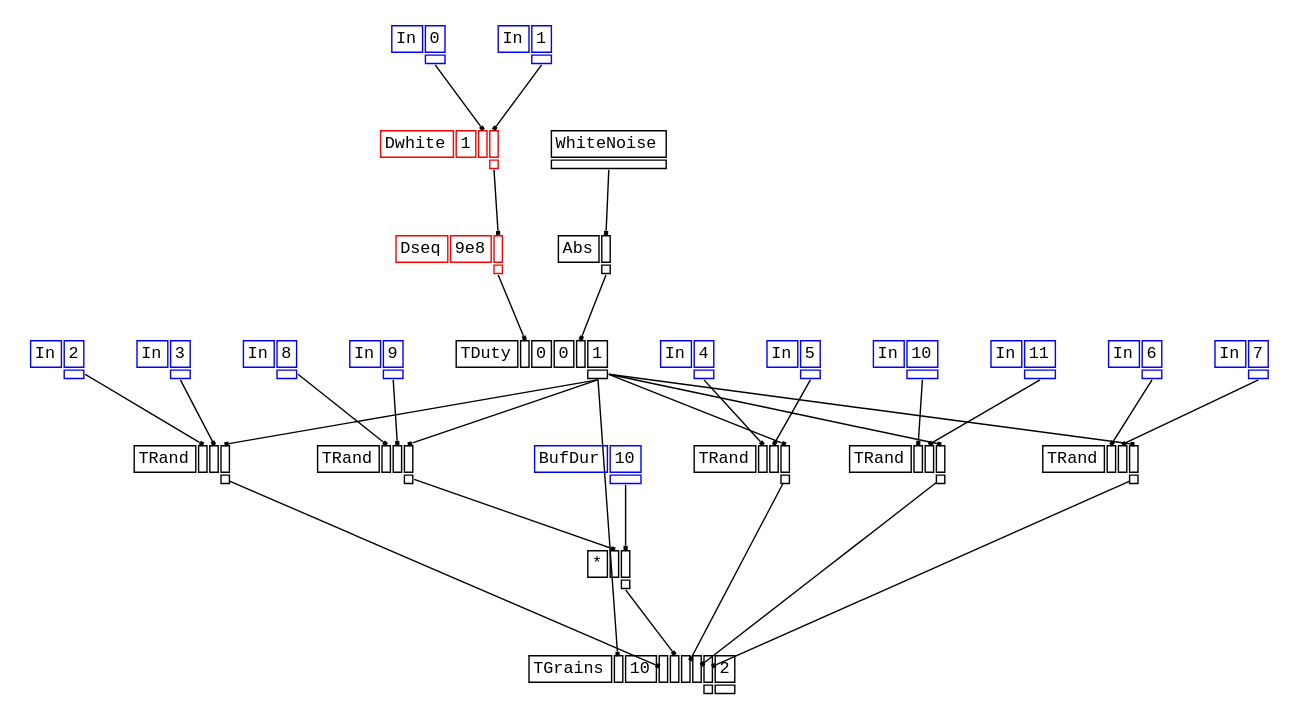
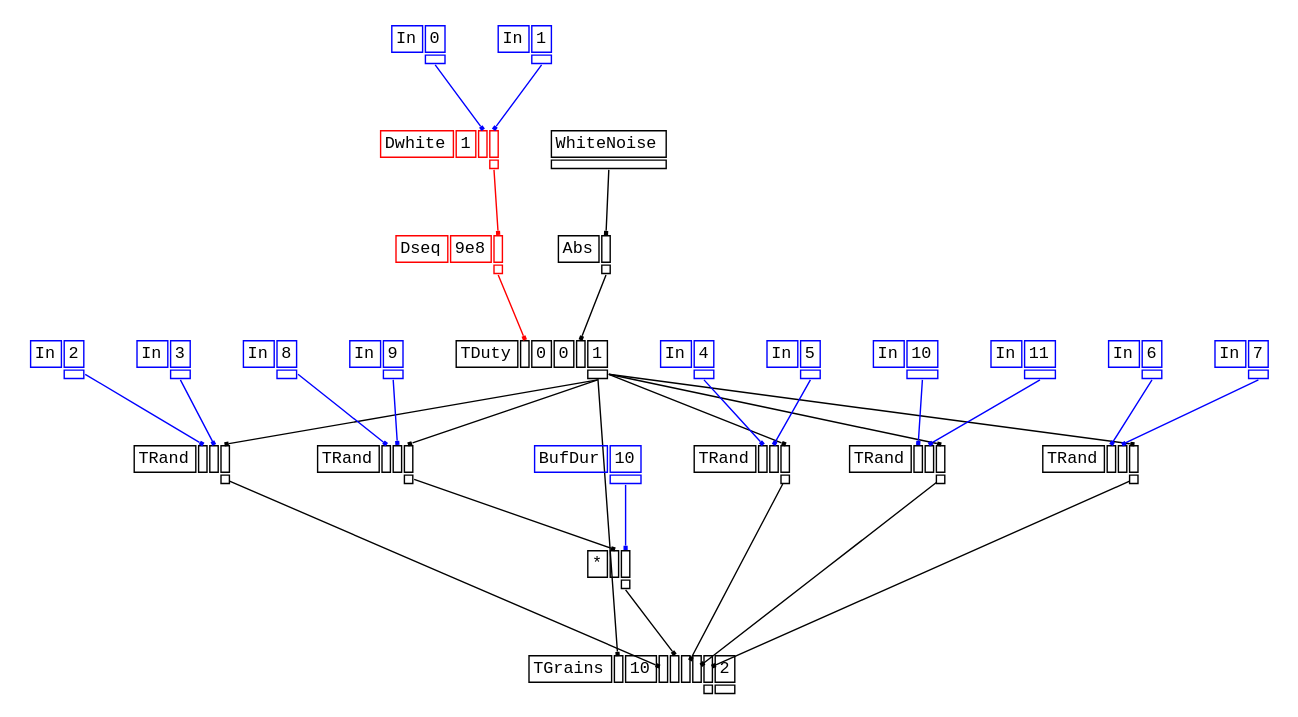
The diagram in dot/tgr-rpr.dot (rd--/hsc3-graphs), drawn with Graphviz before and after one commit. The commit also changed 64 other files, not shown here.

```diff
--- a/dot/tgr-rpr.dot
+++ b/dot/tgr-rpr.dot
@@ -1,59 +1,59 @@
 digraph Anonymous {
 graph [splines=false];
 node [fontsize=12,fontname="Courier"];
 edge [arrowhead=box,arrowsize=0.25];
-u_3[shape="plaintext",color="blue",label=<<TABLE BORDER="0" CELLBORDER="1"><TR><TD>In</TD><TD ID="u_3:K_0">0</TD></TR><TR><TD BORDER="0"></TD><TD PORT="o_0" ID="u_3:o_0"></TD></TR></TABLE>>];
-u_4[shape="plaintext",color="blue",label=<<TABLE BORDER="0" CELLBORDER="1"><TR><TD>In</TD><TD ID="u_4:K_0">1</TD></TR><TR><TD BORDER="0"></TD><TD PORT="o_0" ID="u_4:o_0"></TD></TR></TABLE>>];
-u_5[shape="plaintext",color="red",label=<<TABLE BORDER="0" CELLBORDER="1"><TR><TD>Dwhite</TD><TD ID="u_5:K_0">1</TD><TD PORT="i_1" ID="u_5:i_1"></TD><TD PORT="i_2" ID="u_5:i_2"></TD></TR><TR><TD BORDER="0"></TD><TD BORDER="0"></TD><TD BORDER="0"></TD><TD PORT="o_0" ID="u_5:o_0"></TD></TR></TABLE>>];
-u_6[shape="plaintext",color="red",label=<<TABLE BORDER="0" CELLBORDER="1"><TR><TD>Dseq</TD><TD ID="u_6:K_0">9e8</TD><TD PORT="i_1" ID="u_6:i_1"></TD></TR><TR><TD BORDER="0"></TD><TD BORDER="0"></TD><TD PORT="o_0" ID="u_6:o_0"></TD></TR></TABLE>>];
-u_7[shape="plaintext",color="black",label=<<TABLE BORDER="0" CELLBORDER="1"><TR><TD>WhiteNoise</TD></TR><TR><TD PORT="o_0" ID="u_7:o_0"></TD></TR></TABLE>>];
-u_8[shape="plaintext",color="black",label=<<TABLE BORDER="0" CELLBORDER="1"><TR><TD>Abs</TD><TD PORT="i_0" ID="u_8:i_0"></TD></TR><TR><TD BORDER="0"></TD><TD PORT="o_0" ID="u_8:o_0"></TD></TR></TABLE>>];
-u_9[shape="plaintext",color="black",label=<<TABLE BORDER="0" CELLBORDER="1"><TR><TD>TDuty</TD><TD PORT="i_0" ID="u_9:i_0"></TD><TD ID="u_9:K_1">0</TD><TD ID="u_9:K_2">0</TD><TD PORT="i_3" ID="u_9:i_3"></TD><TD ID="u_9:K_4">1</TD></TR><TR><TD BORDER="0"></TD><TD BORDER="0"></TD><TD BORDER="0"></TD><TD BORDER="0"></TD><TD BORDER="0"></TD><TD PORT="o_0" ID="u_9:o_0"></TD></TR></TABLE>>];
-u_12[shape="plaintext",color="blue",label=<<TABLE BORDER="0" CELLBORDER="1"><TR><TD>In</TD><TD ID="u_12:K_0">2</TD></TR><TR><TD BORDER="0"></TD><TD PORT="o_0" ID="u_12:o_0"></TD></TR></TABLE>>];
-u_14[shape="plaintext",color="blue",label=<<TABLE BORDER="0" CELLBORDER="1"><TR><TD>In</TD><TD ID="u_14:K_0">3</TD></TR><TR><TD BORDER="0"></TD><TD PORT="o_0" ID="u_14:o_0"></TD></TR></TABLE>>];
-u_15[shape="plaintext",color="black",label=<<TABLE BORDER="0" CELLBORDER="1"><TR><TD>TRand</TD><TD PORT="i_0" ID="u_15:i_0"></TD><TD PORT="i_1" ID="u_15:i_1"></TD><TD PORT="i_2" ID="u_15:i_2"></TD></TR><TR><TD BORDER="0"></TD><TD BORDER="0"></TD><TD BORDER="0"></TD><TD PORT="o_0" ID="u_15:o_0"></TD></TR></TABLE>>];
-u_17[shape="plaintext",color="blue",label=<<TABLE BORDER="0" CELLBORDER="1"><TR><TD>In</TD><TD ID="u_17:K_0">8</TD></TR><TR><TD BORDER="0"></TD><TD PORT="o_0" ID="u_17:o_0"></TD></TR></TABLE>>];
-u_19[shape="plaintext",color="blue",label=<<TABLE BORDER="0" CELLBORDER="1"><TR><TD>In</TD><TD ID="u_19:K_0">9</TD></TR><TR><TD BORDER="0"></TD><TD PORT="o_0" ID="u_19:o_0"></TD></TR></TABLE>>];
-u_20[shape="plaintext",color="black",label=<<TABLE BORDER="0" CELLBORDER="1"><TR><TD>TRand</TD><TD PORT="i_0" ID="u_20:i_0"></TD><TD PORT="i_1" ID="u_20:i_1"></TD><TD PORT="i_2" ID="u_20:i_2"></TD></TR><TR><TD BORDER="0"></TD><TD BORDER="0"></TD><TD BORDER="0"></TD><TD PORT="o_0" ID="u_20:o_0"></TD></TR></TABLE>>];
-u_21[shape="plaintext",color="blue",label=<<TABLE BORDER="0" CELLBORDER="1"><TR><TD>BufDur</TD><TD ID="u_21:K_0">10</TD></TR><TR><TD BORDER="0"></TD><TD PORT="o_0" ID="u_21:o_0"></TD></TR></TABLE>>];
-u_22[shape="plaintext",color="black",label=<<TABLE BORDER="0" CELLBORDER="1"><TR><TD>*</TD><TD PORT="i_0" ID="u_22:i_0"></TD><TD PORT="i_1" ID="u_22:i_1"></TD></TR><TR><TD BORDER="0"></TD><TD BORDER="0"></TD><TD PORT="o_0" ID="u_22:o_0"></TD></TR></TABLE>>];
-u_24[shape="plaintext",color="blue",label=<<TABLE BORDER="0" CELLBORDER="1"><TR><TD>In</TD><TD ID="u_24:K_0">4</TD></TR><TR><TD BORDER="0"></TD><TD PORT="o_0" ID="u_24:o_0"></TD></TR></TABLE>>];
-u_26[shape="plaintext",color="blue",label=<<TABLE BORDER="0" CELLBORDER="1"><TR><TD>In</TD><TD ID="u_26:K_0">5</TD></TR><TR><TD BORDER="0"></TD><TD PORT="o_0" ID="u_26:o_0"></TD></TR></TABLE>>];
-u_27[shape="plaintext",color="black",label=<<TABLE BORDER="0" CELLBORDER="1"><TR><TD>TRand</TD><TD PORT="i_0" ID="u_27:i_0"></TD><TD PORT="i_1" ID="u_27:i_1"></TD><TD PORT="i_2" ID="u_27:i_2"></TD></TR><TR><TD BORDER="0"></TD><TD BORDER="0"></TD><TD BORDER="0"></TD><TD PORT="o_0" ID="u_27:o_0"></TD></TR></TABLE>>];
-u_28[shape="plaintext",color="blue",label=<<TABLE BORDER="0" CELLBORDER="1"><TR><TD>In</TD><TD ID="u_28:K_0">10</TD></TR><TR><TD BORDER="0"></TD><TD PORT="o_0" ID="u_28:o_0"></TD></TR></TABLE>>];
-u_30[shape="plaintext",color="blue",label=<<TABLE BORDER="0" CELLBORDER="1"><TR><TD>In</TD><TD ID="u_30:K_0">11</TD></TR><TR><TD BORDER="0"></TD><TD PORT="o_0" ID="u_30:o_0"></TD></TR></TABLE>>];
-u_31[shape="plaintext",color="black",label=<<TABLE BORDER="0" CELLBORDER="1"><TR><TD>TRand</TD><TD PORT="i_0" ID="u_31:i_0"></TD><TD PORT="i_1" ID="u_31:i_1"></TD><TD PORT="i_2" ID="u_31:i_2"></TD></TR><TR><TD BORDER="0"></TD><TD BORDER="0"></TD><TD BORDER="0"></TD><TD PORT="o_0" ID="u_31:o_0"></TD></TR></TABLE>>];
-u_33[shape="plaintext",color="blue",label=<<TABLE BORDER="0" CELLBORDER="1"><TR><TD>In</TD><TD ID="u_33:K_0">6</TD></TR><TR><TD BORDER="0"></TD><TD PORT="o_0" ID="u_33:o_0"></TD></TR></TABLE>>];
-u_35[shape="plaintext",color="blue",label=<<TABLE BORDER="0" CELLBORDER="1"><TR><TD>In</TD><TD ID="u_35:K_0">7</TD></TR><TR><TD BORDER="0"></TD><TD PORT="o_0" ID="u_35:o_0"></TD></TR></TABLE>>];
-u_36[shape="plaintext",color="black",label=<<TABLE BORDER="0" CELLBORDER="1"><TR><TD>TRand</TD><TD PORT="i_0" ID="u_36:i_0"></TD><TD PORT="i_1" ID="u_36:i_1"></TD><TD PORT="i_2" ID="u_36:i_2"></TD></TR><TR><TD BORDER="0"></TD><TD BORDER="0"></TD><TD BORDER="0"></TD><TD PORT="o_0" ID="u_36:o_0"></TD></TR></TABLE>>];
-u_37[shape="plaintext",color="black",label=<<TABLE BORDER="0" CELLBORDER="1"><TR><TD>TGrains</TD><TD PORT="i_0" ID="u_37:i_0"></TD><TD ID="u_37:K_1">10</TD><TD PORT="i_2" ID="u_37:i_2"></TD><TD PORT="i_3" ID="u_37:i_3"></TD><TD PORT="i_4" ID="u_37:i_4"></TD><TD PORT="i_5" ID="u_37:i_5"></TD><TD PORT="i_6" ID="u_37:i_6"></TD><TD ID="u_37:K_7">2</TD></TR><TR><TD BORDER="0"></TD><TD BORDER="0"></TD><TD BORDER="0"></TD><TD BORDER="0"></TD><TD BORDER="0"></TD><TD BORDER="0"></TD><TD BORDER="0"></TD><TD PORT="o_0" ID="u_37:o_0"></TD><TD PORT="o_1" ID="u_37:o_1"></TD></TR></TABLE>>];
-u_3:o_0 -> u_5:i_1;
-u_4:o_0 -> u_5:i_2;
-u_5:o_0 -> u_6:i_1;
-u_7:o_0 -> u_8:i_0;
-u_6:o_0 -> u_9:i_0;
-u_8:o_0 -> u_9:i_3;
-u_12:o_0 -> u_15:i_0;
-u_14:o_0 -> u_15:i_1;
-u_9:o_0 -> u_15:i_2;
-u_17:o_0 -> u_20:i_0;
-u_19:o_0 -> u_20:i_1;
-u_9:o_0 -> u_20:i_2;
-u_20:o_0 -> u_22:i_0;
-u_21:o_0 -> u_22:i_1;
-u_24:o_0 -> u_27:i_0;
-u_26:o_0 -> u_27:i_1;
-u_9:o_0 -> u_27:i_2;
-u_28:o_0 -> u_31:i_0;
-u_30:o_0 -> u_31:i_1;
-u_9:o_0 -> u_31:i_2;
-u_33:o_0 -> u_36:i_0;
-u_35:o_0 -> u_36:i_1;
-u_9:o_0 -> u_36:i_2;
-u_9:o_0 -> u_37:i_0;
-u_15:o_0 -> u_37:i_2;
-u_22:o_0 -> u_37:i_3;
-u_27:o_0 -> u_37:i_4;
-u_31:o_0 -> u_37:i_5;
-u_36:o_0 -> u_37:i_6;
+u_3 [shape="plaintext",color="blue",label=<<TABLE BORDER="0" CELLBORDER="1"><TR><TD>In</TD><TD>0</TD></TR><TR><TD BORDER="0"></TD><TD PORT="o_0"></TD></TR></TABLE>>];
+u_4 [shape="plaintext",color="blue",label=<<TABLE BORDER="0" CELLBORDER="1"><TR><TD>In</TD><TD>1</TD></TR><TR><TD BORDER="0"></TD><TD PORT="o_0"></TD></TR></TABLE>>];
+u_5 [shape="plaintext",color="red",label=<<TABLE BORDER="0" CELLBORDER="1"><TR><TD>Dwhite</TD><TD>1</TD><TD PORT="i_1"></TD><TD PORT="i_2"></TD></TR><TR><TD BORDER="0"></TD><TD BORDER="0"></TD><TD BORDER="0"></TD><TD PORT="o_0"></TD></TR></TABLE>>];
+u_6 [shape="plaintext",color="red",label=<<TABLE BORDER="0" CELLBORDER="1"><TR><TD>Dseq</TD><TD>9e8</TD><TD PORT="i_1"></TD></TR><TR><TD BORDER="0"></TD><TD BORDER="0"></TD><TD PORT="o_0"></TD></TR></TABLE>>];
+u_7 [shape="plaintext",color="black",label=<<TABLE BORDER="0" CELLBORDER="1"><TR><TD>WhiteNoise</TD></TR><TR><TD PORT="o_0"></TD></TR></TABLE>>];
+u_8 [shape="plaintext",color="black",label=<<TABLE BORDER="0" CELLBORDER="1"><TR><TD>Abs</TD><TD PORT="i_0"></TD></TR><TR><TD BORDER="0"></TD><TD PORT="o_0"></TD></TR></TABLE>>];
+u_9 [shape="plaintext",color="black",label=<<TABLE BORDER="0" CELLBORDER="1"><TR><TD>TDuty</TD><TD PORT="i_0"></TD><TD>0</TD><TD>0</TD><TD PORT="i_3"></TD><TD>1</TD></TR><TR><TD BORDER="0"></TD><TD BORDER="0"></TD><TD BORDER="0"></TD><TD BORDER="0"></TD><TD BORDER="0"></TD><TD PORT="o_0"></TD></TR></TABLE>>];
+u_12 [shape="plaintext",color="blue",label=<<TABLE BORDER="0" CELLBORDER="1"><TR><TD>In</TD><TD>2</TD></TR><TR><TD BORDER="0"></TD><TD PORT="o_0"></TD></TR></TABLE>>];
+u_14 [shape="plaintext",color="blue",label=<<TABLE BORDER="0" CELLBORDER="1"><TR><TD>In</TD><TD>3</TD></TR><TR><TD BORDER="0"></TD><TD PORT="o_0"></TD></TR></TABLE>>];
+u_15 [shape="plaintext",color="black",label=<<TABLE BORDER="0" CELLBORDER="1"><TR><TD>TRand</TD><TD PORT="i_0"></TD><TD PORT="i_1"></TD><TD PORT="i_2"></TD></TR><TR><TD BORDER="0"></TD><TD BORDER="0"></TD><TD BORDER="0"></TD><TD PORT="o_0"></TD></TR></TABLE>>];
+u_17 [shape="plaintext",color="blue",label=<<TABLE BORDER="0" CELLBORDER="1"><TR><TD>In</TD><TD>8</TD></TR><TR><TD BORDER="0"></TD><TD PORT="o_0"></TD></TR></TABLE>>];
+u_19 [shape="plaintext",color="blue",label=<<TABLE BORDER="0" CELLBORDER="1"><TR><TD>In</TD><TD>9</TD></TR><TR><TD BORDER="0"></TD><TD PORT="o_0"></TD></TR></TABLE>>];
+u_20 [shape="plaintext",color="black",label=<<TABLE BORDER="0" CELLBORDER="1"><TR><TD>TRand</TD><TD PORT="i_0"></TD><TD PORT="i_1"></TD><TD PORT="i_2"></TD></TR><TR><TD BORDER="0"></TD><TD BORDER="0"></TD><TD BORDER="0"></TD><TD PORT="o_0"></TD></TR></TABLE>>];
+u_21 [shape="plaintext",color="blue",label=<<TABLE BORDER="0" CELLBORDER="1"><TR><TD>BufDur</TD><TD>10</TD></TR><TR><TD BORDER="0"></TD><TD PORT="o_0"></TD></TR></TABLE>>];
+u_22 [shape="plaintext",color="black",label=<<TABLE BORDER="0" CELLBORDER="1"><TR><TD>*</TD><TD PORT="i_0"></TD><TD PORT="i_1"></TD></TR><TR><TD BORDER="0"></TD><TD BORDER="0"></TD><TD PORT="o_0"></TD></TR></TABLE>>];
+u_24 [shape="plaintext",color="blue",label=<<TABLE BORDER="0" CELLBORDER="1"><TR><TD>In</TD><TD>4</TD></TR><TR><TD BORDER="0"></TD><TD PORT="o_0"></TD></TR></TABLE>>];
+u_26 [shape="plaintext",color="blue",label=<<TABLE BORDER="0" CELLBORDER="1"><TR><TD>In</TD><TD>5</TD></TR><TR><TD BORDER="0"></TD><TD PORT="o_0"></TD></TR></TABLE>>];
+u_27 [shape="plaintext",color="black",label=<<TABLE BORDER="0" CELLBORDER="1"><TR><TD>TRand</TD><TD PORT="i_0"></TD><TD PORT="i_1"></TD><TD PORT="i_2"></TD></TR><TR><TD BORDER="0"></TD><TD BORDER="0"></TD><TD BORDER="0"></TD><TD PORT="o_0"></TD></TR></TABLE>>];
+u_28 [shape="plaintext",color="blue",label=<<TABLE BORDER="0" CELLBORDER="1"><TR><TD>In</TD><TD>10</TD></TR><TR><TD BORDER="0"></TD><TD PORT="o_0"></TD></TR></TABLE>>];
+u_30 [shape="plaintext",color="blue",label=<<TABLE BORDER="0" CELLBORDER="1"><TR><TD>In</TD><TD>11</TD></TR><TR><TD BORDER="0"></TD><TD PORT="o_0"></TD></TR></TABLE>>];
+u_31 [shape="plaintext",color="black",label=<<TABLE BORDER="0" CELLBORDER="1"><TR><TD>TRand</TD><TD PORT="i_0"></TD><TD PORT="i_1"></TD><TD PORT="i_2"></TD></TR><TR><TD BORDER="0"></TD><TD BORDER="0"></TD><TD BORDER="0"></TD><TD PORT="o_0"></TD></TR></TABLE>>];
+u_33 [shape="plaintext",color="blue",label=<<TABLE BORDER="0" CELLBORDER="1"><TR><TD>In</TD><TD>6</TD></TR><TR><TD BORDER="0"></TD><TD PORT="o_0"></TD></TR></TABLE>>];
+u_35 [shape="plaintext",color="blue",label=<<TABLE BORDER="0" CELLBORDER="1"><TR><TD>In</TD><TD>7</TD></TR><TR><TD BORDER="0"></TD><TD PORT="o_0"></TD></TR></TABLE>>];
+u_36 [shape="plaintext",color="black",label=<<TABLE BORDER="0" CELLBORDER="1"><TR><TD>TRand</TD><TD PORT="i_0"></TD><TD PORT="i_1"></TD><TD PORT="i_2"></TD></TR><TR><TD BORDER="0"></TD><TD BORDER="0"></TD><TD BORDER="0"></TD><TD PORT="o_0"></TD></TR></TABLE>>];
+u_37 [shape="plaintext",color="black",label=<<TABLE BORDER="0" CELLBORDER="1"><TR><TD>TGrains</TD><TD PORT="i_0"></TD><TD>10</TD><TD PORT="i_2"></TD><TD PORT="i_3"></TD><TD PORT="i_4"></TD><TD PORT="i_5"></TD><TD PORT="i_6"></TD><TD>2</TD></TR><TR><TD BORDER="0"></TD><TD BORDER="0"></TD><TD BORDER="0"></TD><TD BORDER="0"></TD><TD BORDER="0"></TD><TD BORDER="0"></TD><TD BORDER="0"></TD><TD PORT="o_0"></TD><TD PORT="o_1"></TD></TR></TABLE>>];
+u_3:o_0 -> u_5:i_1 [color=blue];
+u_4:o_0 -> u_5:i_2 [color=blue];
+u_5:o_0 -> u_6:i_1 [color=red];
+u_7:o_0 -> u_8:i_0 [color=black];
+u_6:o_0 -> u_9:i_0 [color=red];
+u_8:o_0 -> u_9:i_3 [color=black];
+u_12:o_0 -> u_15:i_0 [color=blue];
+u_14:o_0 -> u_15:i_1 [color=blue];
+u_9:o_0 -> u_15:i_2 [color=black];
+u_17:o_0 -> u_20:i_0 [color=blue];
+u_19:o_0 -> u_20:i_1 [color=blue];
+u_9:o_0 -> u_20:i_2 [color=black];
+u_20:o_0 -> u_22:i_0 [color=black];
+u_21:o_0 -> u_22:i_1 [color=blue];
+u_24:o_0 -> u_27:i_0 [color=blue];
+u_26:o_0 -> u_27:i_1 [color=blue];
+u_9:o_0 -> u_27:i_2 [color=black];
+u_28:o_0 -> u_31:i_0 [color=blue];
+u_30:o_0 -> u_31:i_1 [color=blue];
+u_9:o_0 -> u_31:i_2 [color=black];
+u_33:o_0 -> u_36:i_0 [color=blue];
+u_35:o_0 -> u_36:i_1 [color=blue];
+u_9:o_0 -> u_36:i_2 [color=black];
+u_9:o_0 -> u_37:i_0 [color=black];
+u_15:o_0 -> u_37:i_2 [color=black];
+u_22:o_0 -> u_37:i_3 [color=black];
+u_27:o_0 -> u_37:i_4 [color=black];
+u_31:o_0 -> u_37:i_5 [color=black];
+u_36:o_0 -> u_37:i_6 [color=black];
 }
```
